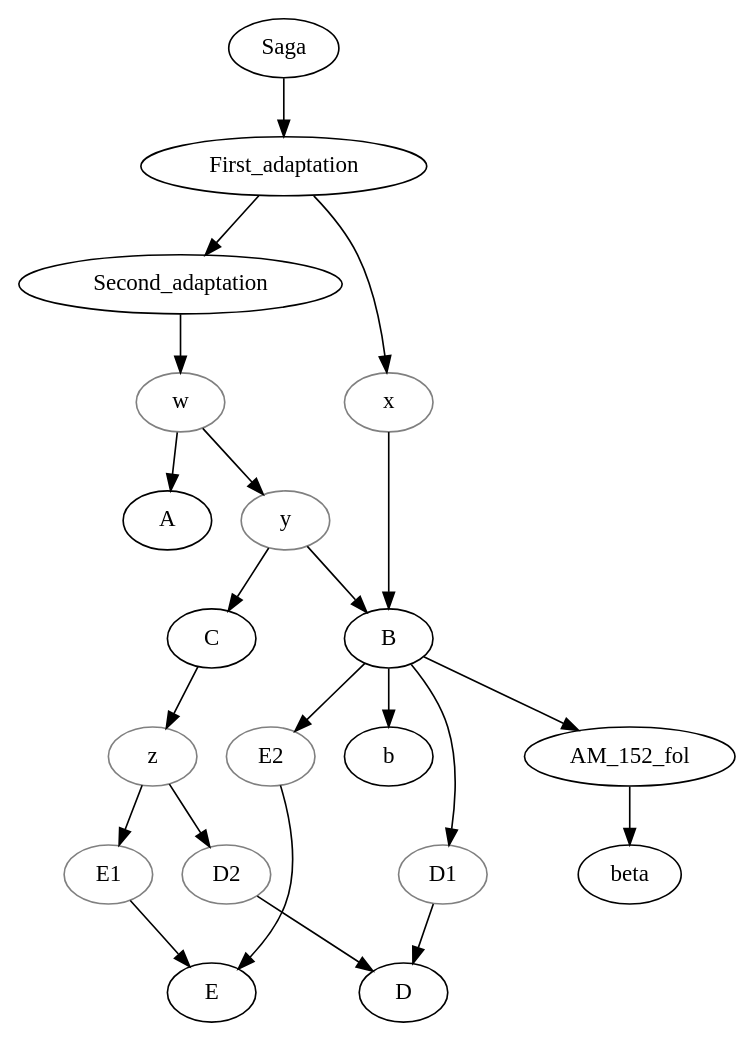
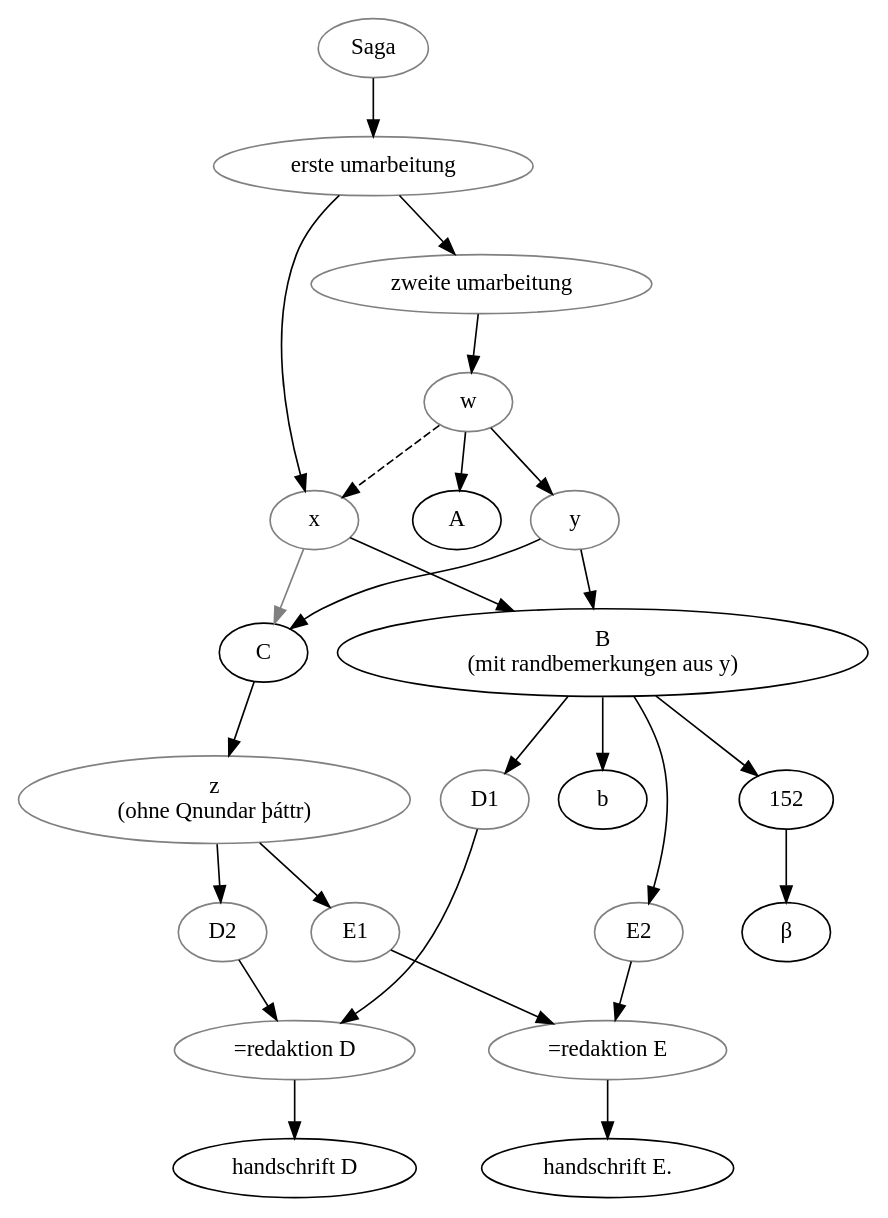
The diagram in data/non/Boer_1900_Grettissaga/stemma.gv (OpenStemmata/database), drawn with Graphviz before and after one commit. The commit also changed 1 other file, not shown here.

```diff
--- a/data/non/Boer_1900_Grettissaga/stemma.gv
+++ b/data/non/Boer_1900_Grettissaga/stemma.gv
@@ -1,36 +1,51 @@
 digraph {
 
     Saga -> First_adaptation;
     First_adaptation -> x;
     First_adaptation -> Second_adaptation;
     Second_adaptation -> w; 
     w -> A;
     w -> y;
+    w -> x[style="dashed"];
     y -> C;
     y-> B;
     x -> B;
+    x->C[color="grey"];
     C -> z;
     z -> E1;
     z -> D2;
     B -> D1;
     B -> E2;
     B -> AM_152_fol; 
     AM_152_fol -> beta;
     B -> b;
     D1 -> D;
     D2 -> D;
+    D->D_ms;
     E1 -> E;
     E2 -> E;
+    E->E_ms;
 
+
+    Saga[color="grey"];
+    First_adaptation[color="grey", label="erste umarbeitung"];
+    Second_adaptation[color="grey"; label="zweite umarbeitung"];
 
     x [color="grey"];
     w [color="grey"];
     y [color="grey"];
-    z [color="grey"];
+    z [color="grey", label="z\n(ohne Qnundar þáttr)"];
     E1 [color="grey"];
     D2 [color="grey"];
     D1 [color="grey"];
+    D[color="grey", label="=redaktion D"];
+    D_ms[label="handschrift D"];
     E2 [color="grey"];
+    E[color="grey", label="=redaktion E"];
+    E_ms[label="handschrift E."];
+    B[label="B\n(mit randbemerkungen aus y)"];
+    AM_152_fol[label="152"];
+    beta[label="β"];
 
 
 }
```
